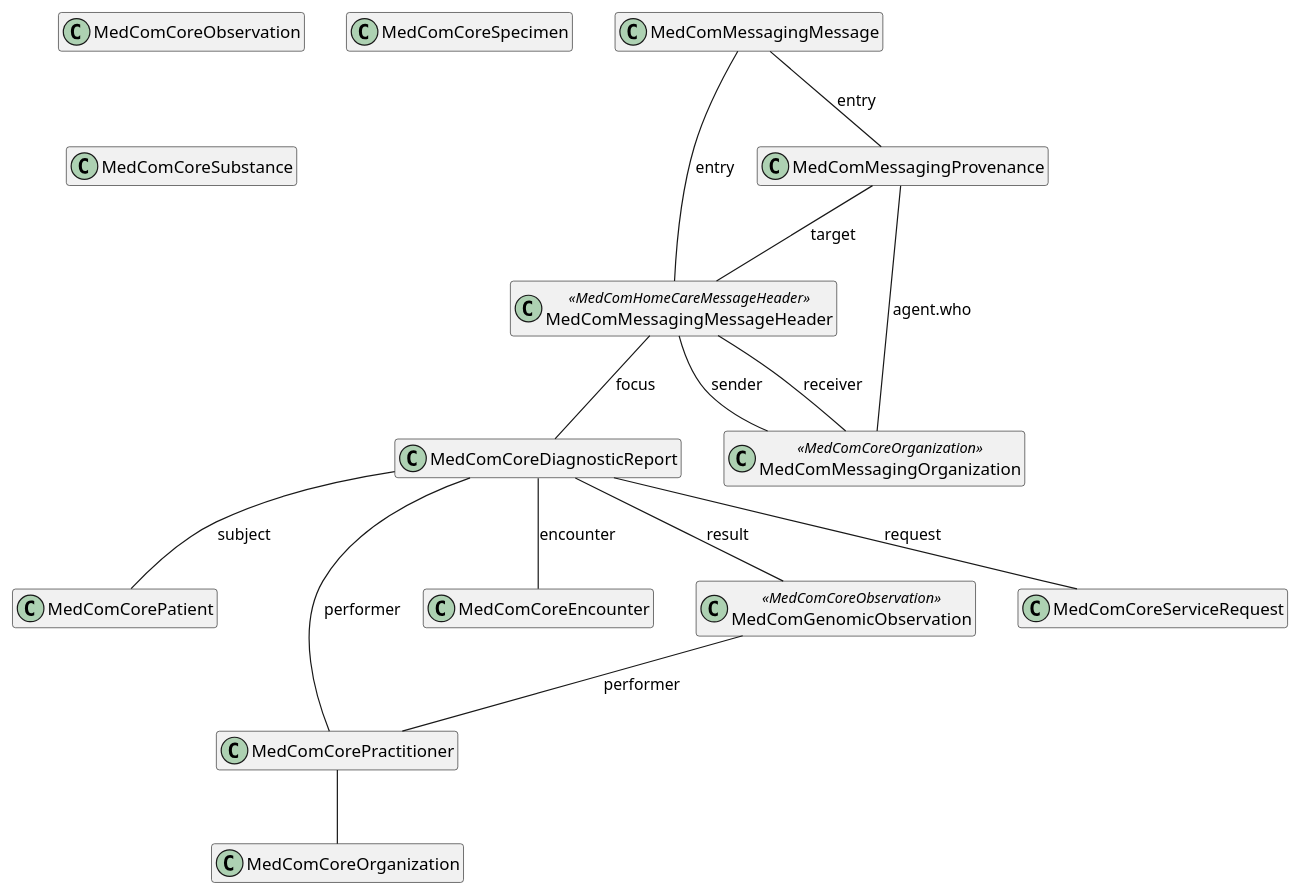
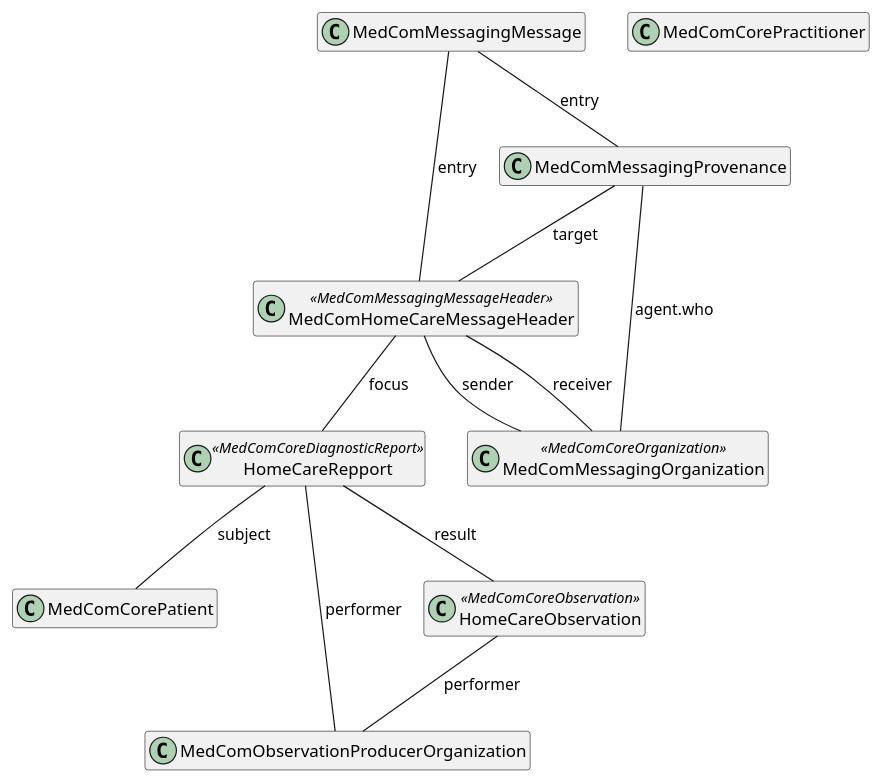
The diagram in puml/HomeCareObservartionMessage.puml (medcomdk/dk_MunicipalityObservationResults), drawn with PlantUML before and after one commit. The commit also changed 6 other files, not shown here.

```diff
--- a/puml/HomeCareObservartionMessage.puml
+++ b/puml/HomeCareObservartionMessage.puml
@@ -1,38 +1,31 @@
 @startuml HomeCareObservation message
 
 hide empty members
 
 top to bottom direction
 
 class "MedComMessagingMessage" as message
-class "MedComMessagingMessageHeader" as messageheader <<MedComHomeCareMessageHeader>>
+class "MedComHomeCareMessageHeader" as messageheader <<MedComMessagingMessageHeader>>
 class "MedComMessagingProvenance" as provenance
 class "MedComMessagingOrganization" as messagingOrganization <<MedComCoreOrganization>>
 class "MedComCorePatient" as patient
+class "MedComObservationProducerOrganization" as organization
 class "MedComCorePractitioner" as author
-class "MedComCoreEncounter" as encounter
-class "MedComCoreOrganization" as organization
-class "MedComCoreDiagnosticReport" as diagnosticReport
-class "MedComGenomicObservation" as observation <<MedComCoreObservation>>
-class "MedComCoreObservation" as coreobservation 
-class "MedComCoreSpecimen" as specimen 
-class "MedComCoreServiceRequest" as request
-class "MedComCoreSubstance" as substance
-
+class "HomeCareRepport" as diagnosticReport <<MedComCoreDiagnosticReport>>
+class "HomeCareObservation" as coreobservation <<MedComCoreObservation>>
 
 message -- messageheader : "entry"
 messageheader -- diagnosticReport : "focus"
-diagnosticReport -- patient : "subject"
 message -- provenance : "entry"
 provenance -- messageheader : "target" 
 provenance -- messagingOrganization : "agent.who"
-diagnosticReport -- encounter : "encounter"
-diagnosticReport -- request: "request"
-diagnosticReport -- author: "performer"
-diagnosticReport -- observation : "result"
-observation -- author:"performer"
-author -- organization
+diagnosticReport -- patient : "subject"
+diagnosticReport -- organization: "performer"
+diagnosticReport -- coreobservation : "result"
+coreobservation -- organization:"performer"
+
+
 messageheader -- messagingOrganization : "receiver"
 messageheader -- messagingOrganization : "sender"
 
 @enduml
```
